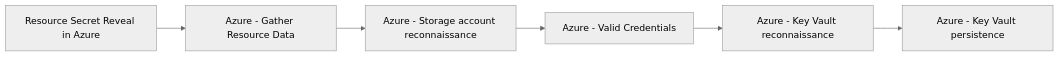
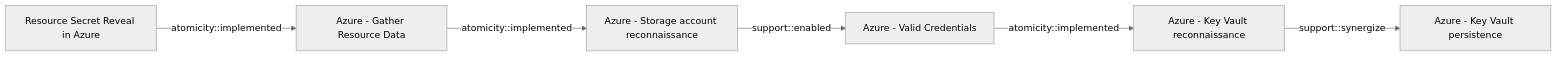
Before and after one commit to opentidehq/library: the diagram in docs/threats/resource-secret-reveal-in-azure.md, drawn with Mermaid (neutral theme). The commit also changed other lines of this file and 277 other files, not shown here.

````diff
--- a/docs/threats/resource-secret-reveal-in-azure.md
+++ b/docs/threats/resource-secret-reveal-in-azure.md
@@ -53,14 +85,14 @@
 ```mermaid
 flowchart LR
 37381f28_ad9f_40c3_80f8_d8a82d6ce9a3["Resource Secret Reveal in Azure"]
 b1593e0b_1b3b_462d_9ab6_21d1c136469d["Azure - Gather Resource Data"]
 53f4e2f0_7d11_4629_bb26_905993a589db["Azure - Storage account reconnaissance"]
 2743bf18_3b86_4721_bf3e_153dcda0b149["Azure - Valid Credentials"]
 81338b90_f80c_40cc_8a57_ba97cdf86948["Azure - Key Vault reconnaissance"]
 bcf3bb96_ed97_4853_98ab_937c2d214f4e["Azure - Key Vault persistence"]
-37381f28_ad9f_40c3_80f8_d8a82d6ce9a3 --> b1593e0b_1b3b_462d_9ab6_21d1c136469d
-b1593e0b_1b3b_462d_9ab6_21d1c136469d --> 53f4e2f0_7d11_4629_bb26_905993a589db
-53f4e2f0_7d11_4629_bb26_905993a589db --> 2743bf18_3b86_4721_bf3e_153dcda0b149
-2743bf18_3b86_4721_bf3e_153dcda0b149 --> 81338b90_f80c_40cc_8a57_ba97cdf86948
-81338b90_f80c_40cc_8a57_ba97cdf86948 --> bcf3bb96_ed97_4853_98ab_937c2d214f4e
+37381f28_ad9f_40c3_80f8_d8a82d6ce9a3 -->|atomicity::implemented| b1593e0b_1b3b_462d_9ab6_21d1c136469d
+b1593e0b_1b3b_462d_9ab6_21d1c136469d -->|atomicity::implemented| 53f4e2f0_7d11_4629_bb26_905993a589db
+53f4e2f0_7d11_4629_bb26_905993a589db -->|support::enabled| 2743bf18_3b86_4721_bf3e_153dcda0b149
+2743bf18_3b86_4721_bf3e_153dcda0b149 -->|atomicity::implemented| 81338b90_f80c_40cc_8a57_ba97cdf86948
+81338b90_f80c_40cc_8a57_ba97cdf86948 -->|support::synergize| bcf3bb96_ed97_4853_98ab_937c2d214f4e
 ```
````
